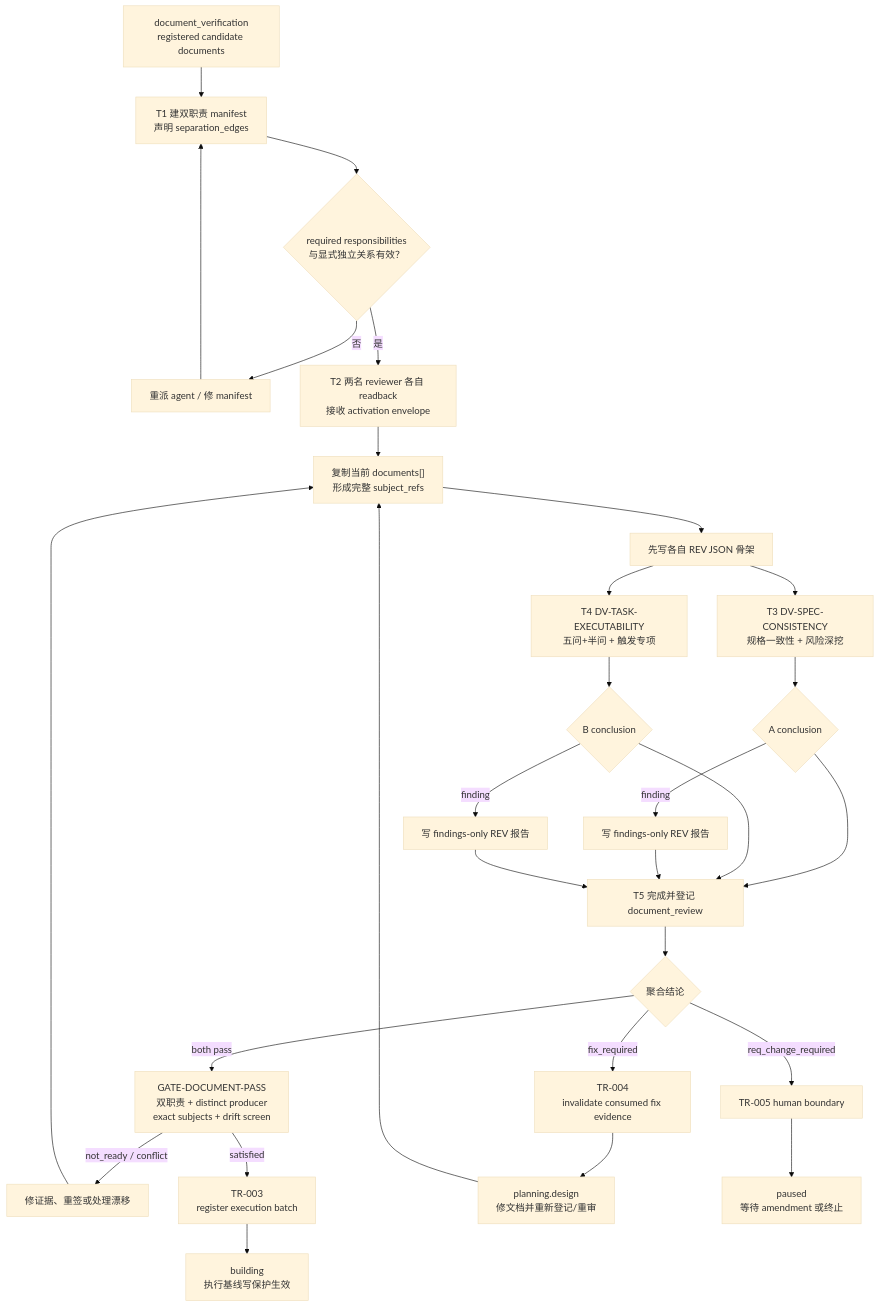
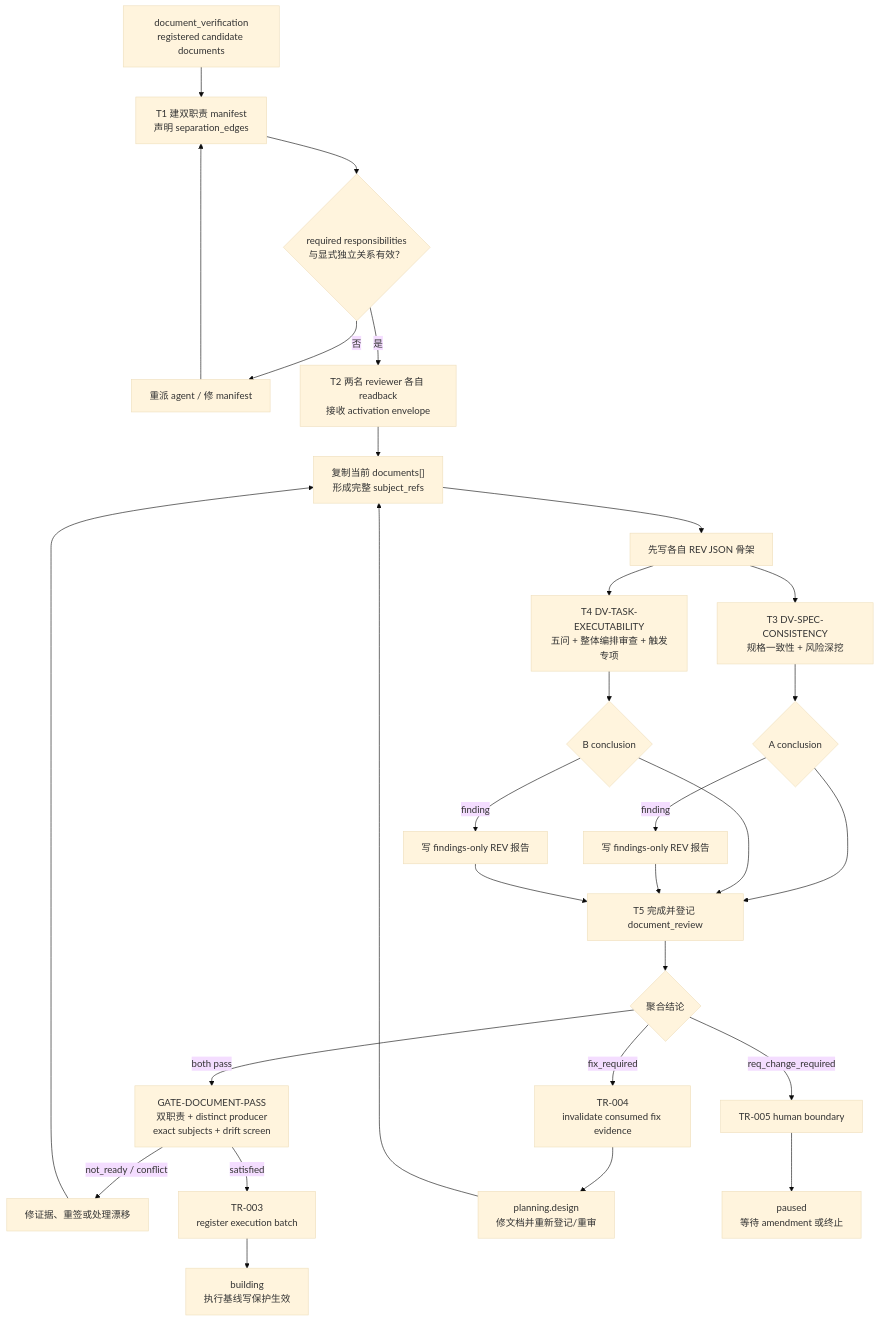
One commit to Sebs-Lee/go-system-builder changed the second of 2 diagrams in blueprint/L3-S5-document-verification.md. Above: the diagram before and after it, drawn with Mermaid (base theme). The commit also changed other lines of this file and 223 other files, not shown here.

````diff
--- a/blueprint/L3-S5-document-verification.md
+++ b/blueprint/L3-S5-document-verification.md
@@ -96,31 +96,31 @@
 ```mermaid
 flowchart TD
     IN["document_verification<br/>registered candidate documents"] --> TEAM["T1 建双职责 manifest<br/>声明 separation_edges"]
     TEAM --> VALID{"required responsibilities<br/>与显式独立关系有效？"}
     VALID -->|否| REPLAN["重派 agent / 修 manifest"]
     REPLAN --> TEAM
     VALID -->|是| READ["T2 两名 reviewer 各自 readback<br/>接收 activation envelope"]
     READ --> SUBJECT["复制当前 documents[]<br/>形成完整 subject_refs"]
     SUBJECT --> SKELETON["先写各自 REV JSON 骨架"]
     SKELETON --> A["T3 DV-SPEC-CONSISTENCY<br/>规格一致性 + 风险深挖"]
-    SKELETON --> B["T4 DV-TASK-EXECUTABILITY<br/>五问+半问 + 触发专项"]
+    SKELETON --> B["T4 DV-TASK-EXECUTABILITY<br/>五问 + 整体编排审查 + 触发专项"]
     A --> CA{"A conclusion"}
     B --> CB{"B conclusion"}
     CA -->|finding| RA["写 findings-only REV 报告"]
     CB -->|finding| RB["写 findings-only REV 报告"]
     CA --> AGG["T5 完成并登记 document_review"]
     CB --> AGG
     RA --> AGG
     RB --> AGG
     AGG --> DECIDE{"聚合结论"}
     DECIDE -->|both pass| GATE["GATE-DOCUMENT-PASS<br/>双职责 + distinct producer<br/>exact subjects + drift screen"]
     GATE -->|not_ready / conflict| RECHECK["修证据、重签或处理漂移"]
     RECHECK --> SUBJECT
     GATE -->|satisfied| TR3["TR-003<br/>register execution batch"]
     TR3 --> LOCK["building<br/>执行基线写保护生效"]
     DECIDE -->|fix_required| TR4["TR-004<br/>invalidate consumed fix evidence"]
     TR4 --> PLAN["planning.design<br/>修文档并重新登记/重审"]
     PLAN --> SUBJECT
     DECIDE -->|req_change_required| TR5["TR-005 human boundary"]
     TR5 --> PAUSE["paused<br/>等待 amendment 或终止"]
 ```
````
